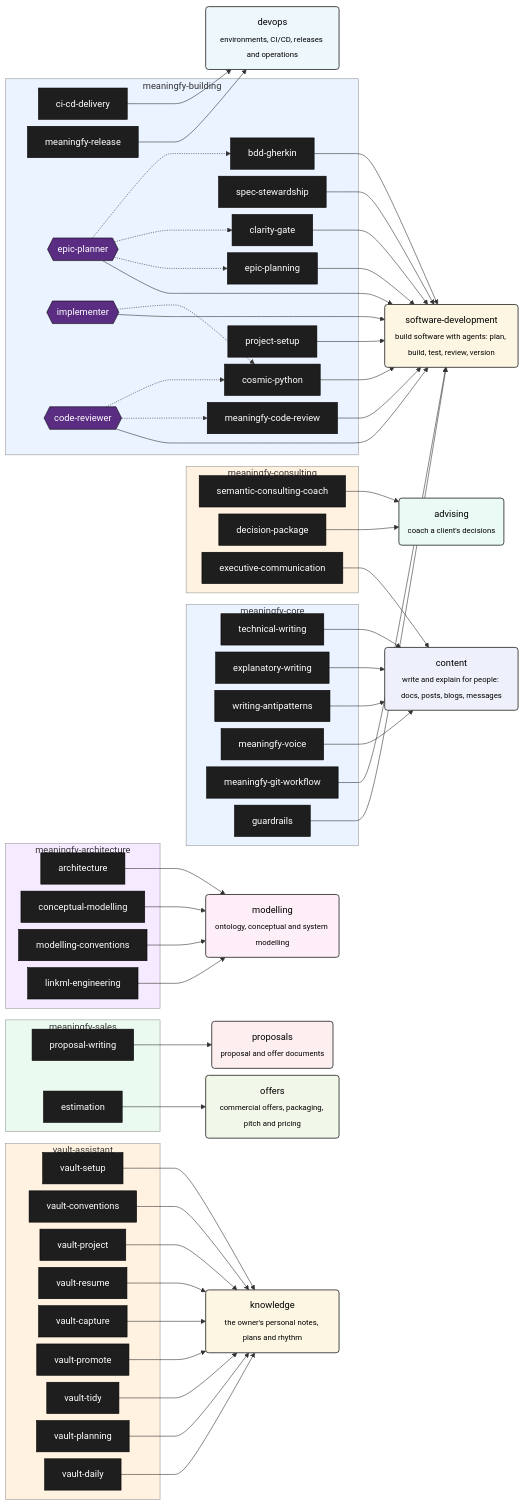
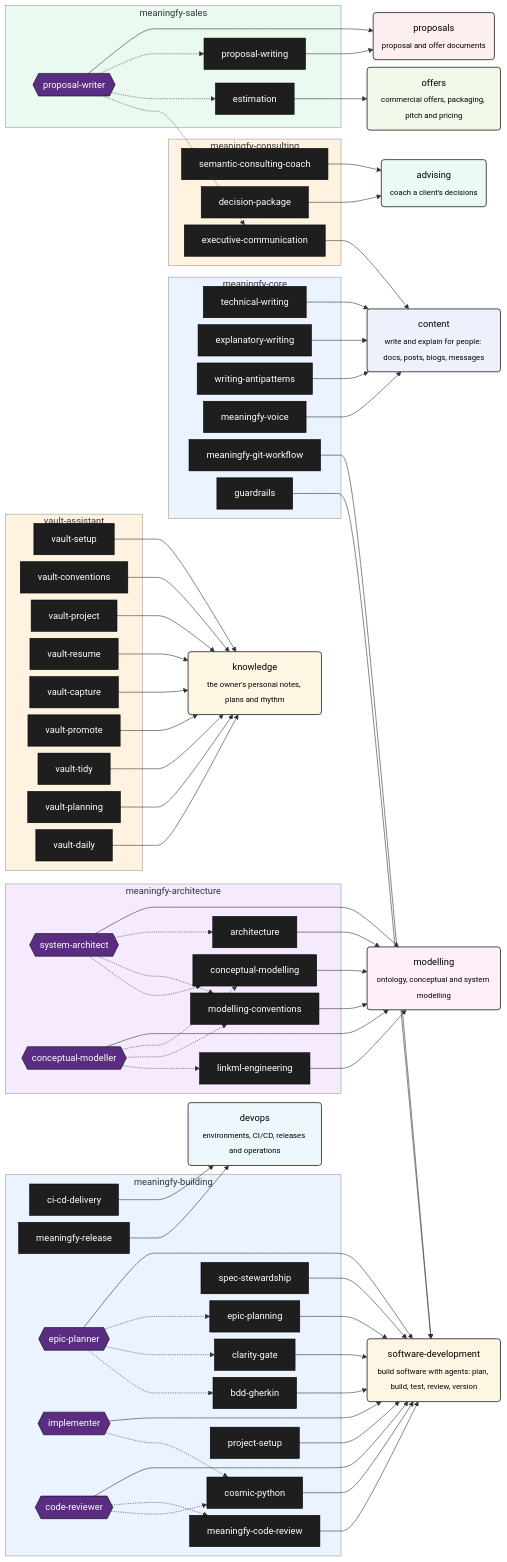
One commit to meaningfy-ws/skillery changed the first of 3 diagrams in docs/skill-inventory.md. Above: the diagram before and after it, drawn with Mermaid. The commit also changed other lines of this file and 17 other files, not shown here.

First line of the commit message:
feat(agents): add system-architect, conceptual-modeller and proposal-writer

```diff
--- a/docs/skill-inventory.md
+++ b/docs/skill-inventory.md
@@ -30,12 +30,15 @@
   subgraph b_meaningfy_sales["meaningfy-sales"]
     s_proposal_writing["proposal-writing"]
     s_estimation["estimation"]
+    a_proposal_writer{{"proposal-writer"}}
   end
   subgraph b_meaningfy_architecture["meaningfy-architecture"]
     s_architecture["architecture"]
     s_conceptual_modelling["conceptual-modelling"]
     s_modelling_conventions["modelling-conventions"]
     s_linkml_engineering["linkml-engineering"]
+    a_system_architect{{"system-architect"}}
+    a_conceptual_modeller{{"conceptual-modeller"}}
   end
   subgraph b_meaningfy_building["meaningfy-building"]
     s_epic_planning["epic-planning"]
@@ -105,10 +108,22 @@
   s_vault_setup --> p_knowledge
   s_vault_tidy --> p_knowledge
   s_writing_antipatterns --> p_content
+  a_proposal_writer --> p_proposals
+  a_system_architect --> p_modelling
+  a_conceptual_modeller --> p_modelling
   a_epic_planner --> p_software_development
   a_implementer --> p_software_development
   a_code_reviewer --> p_software_development
 
+  a_proposal_writer -.-> s_proposal_writing
+  a_proposal_writer -.-> s_estimation
+  a_proposal_writer -.-> s_executive_communication
+  a_system_architect -.-> s_architecture
+  a_system_architect -.-> s_modelling_conventions
+  a_system_architect -.-> s_conceptual_modelling
+  a_conceptual_modeller -.-> s_conceptual_modelling
+  a_conceptual_modeller -.-> s_modelling_conventions
+  a_conceptual_modeller -.-> s_linkml_engineering
   a_epic_planner -.-> s_epic_planning
   a_epic_planner -.-> s_clarity_gate
   a_epic_planner -.-> s_bdd_gherkin
@@ -163,6 +178,9 @@
   style s_vault_setup fill:#1e1e1e,color:#ffffff,stroke:#000
   style s_vault_tidy fill:#1e1e1e,color:#ffffff,stroke:#000
   style s_writing_antipatterns fill:#1e1e1e,color:#ffffff,stroke:#000
+  style a_proposal_writer fill:#5a2d82,color:#ffffff,stroke:#000
+  style a_system_architect fill:#5a2d82,color:#ffffff,stroke:#000
+  style a_conceptual_modeller fill:#5a2d82,color:#ffffff,stroke:#000
   style a_epic_planner fill:#5a2d82,color:#ffffff,stroke:#000
   style a_implementer fill:#5a2d82,color:#ffffff,stroke:#000
   style a_code_reviewer fill:#5a2d82,color:#ffffff,stroke:#000
```
